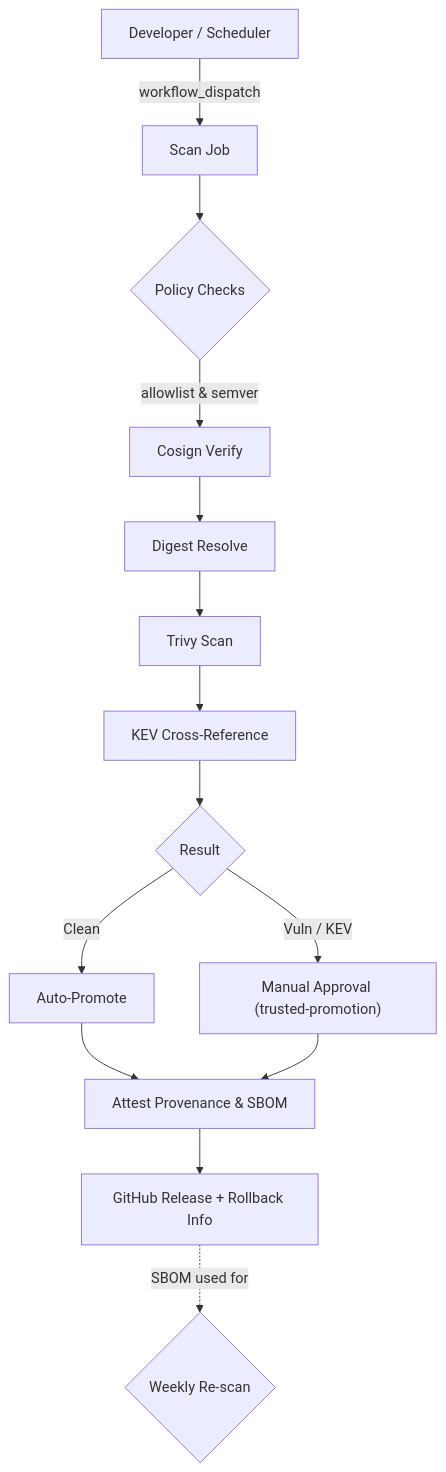
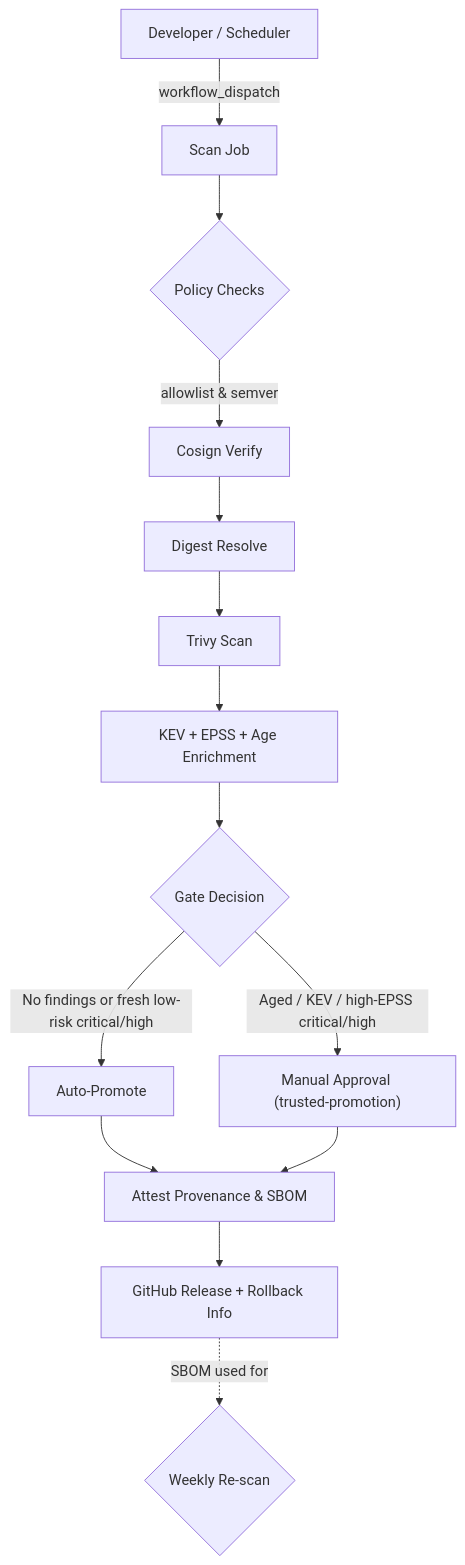
The diagram in README.md (svveec0d3/secure-deploy), drawn with Mermaid before and after one commit. The commit also changed other lines of this file and 5 other files, not shown here.

````diff
--- a/README.md
+++ b/README.md
@@ -46,16 +47,16 @@
 ```mermaid
 flowchart TD
     A[Developer / Scheduler] -->|workflow_dispatch| B[Scan Job]
     B --> C{Policy Checks}
     C -->|allowlist & semver| D[Cosign Verify]
     D --> E[Digest Resolve]
     E --> F[Trivy Scan]
-    F --> G[KEV Cross‑Reference]
-    G --> H{Result}
-    H -->|Clean| I[Auto‑Promote]
-    H -->|Vuln / KEV| J["Manual Approval (trusted‑promotion)"]
+    F --> G[KEV + EPSS + Age Enrichment]
+    G --> H{Gate Decision}
+    H -->|No findings or fresh low-risk critical/high| I[Auto‑Promote]
+    H -->|Aged / KEV / high-EPSS critical/high| J["Manual Approval (trusted‑promotion)"]
     I --> K[Attest Provenance & SBOM]
     J --> K
     K --> L[GitHub Release + Rollback Info]
     L -.->|SBOM used for| M{Weekly Re-scan}
 ```
````
